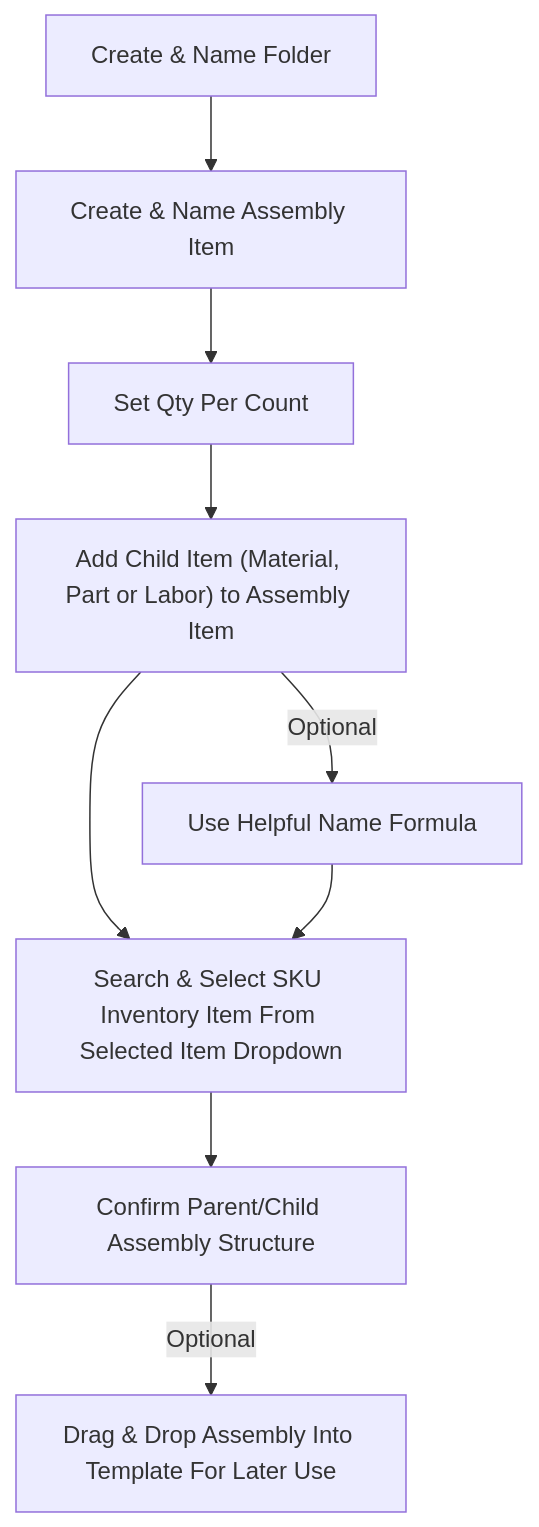
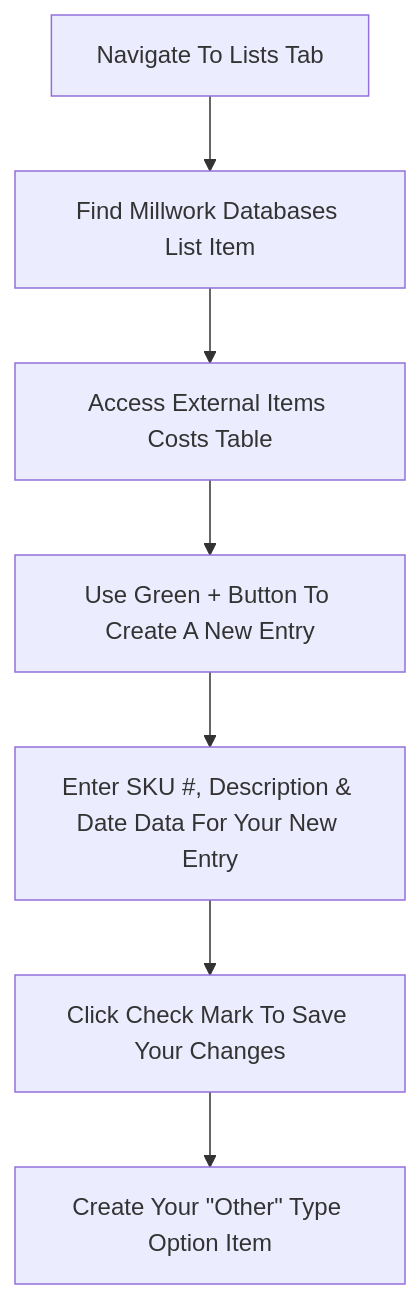
One commit to elias-bldr/Millwork-Estimating-Suite changed the first of 3 diagrams in docs/how-to/creating-option-items.md. Above: the diagram before and after it, drawn with Mermaid. The commit also changed other lines of this file, not shown here.

Commit message:
Add flowcharts for creating option items

````diff
--- a/docs/how-to/creating-option-items.md
+++ b/docs/how-to/creating-option-items.md
@@ -12,11 +12,9 @@
     ``` mermaid
     flowchart TD
-      A[Create & Name Folder] --> B[Create & Name Assembly Item];
-      B --> C[Set Qty Per Count];
-      C --> D["Add Child Item (Material, Part or Labor) to Assembly Item"];
-      D -- Optional --> E[Use Helpful Name Formula];
-      D --> F;
-      E --> F[Search & Select SKU Inventory Item From Selected Item Dropdown];
-      F --> G[Confirm Parent/Child Assembly Structure];
-      G -- Optional --> H[Drag & Drop Assembly Into Template For Later Use];
+      A[Navigate To Lists Tab] --> B[Find Millwork Databases List Item];
+      B --> C[Access External Items Costs Table];
+      C --> D[Use Green + Button To Create A New Entry];
+      D --> E[Enter SKU #, Description & Date Data For Your New Entry];
+      E --> F[Click Check Mark To Save Your Changes];
+      F --> G["Create Your #quot;Other#quot; Type Option Item"];
     ```
````
